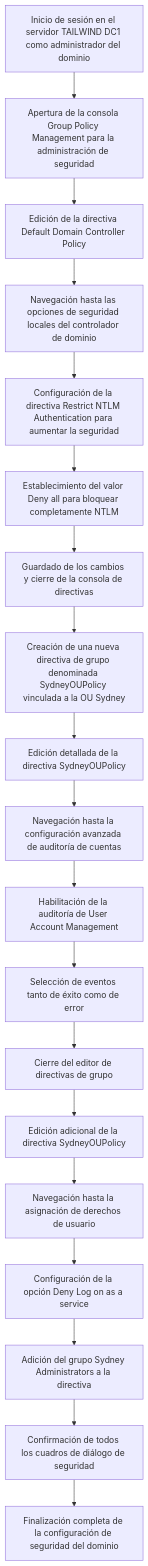
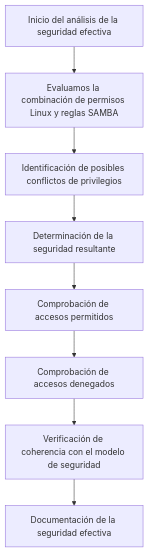
The fifth of 8 diagrams in Proyecto guiado (Lidia Navarro).md (lidnavlop/SMR2-SOR-HOTEL_VALENCLOUD), drawn with Mermaid before and after one commit. The commit also changed other lines of this file, not shown here.

First line of the commit message:
PROYECTO SAMBA

````diff
--- a/Proyecto guiado (Lidia Navarro).md
+++ b/Proyecto guiado (Lidia Navarro).md
@@ -104,25 +85,12 @@
 ```mermaid
 flowchart TD
-    A[Inicio de sesión en el servidor TAILWIND DC1 como administrador del dominio] --> B[Apertura de la consola Group Policy Management para la administración de seguridad]
+    A[Inicio del análisis de la seguridad efectiva] --> B[Evaluamos la combinación de permisos Linux y reglas SAMBA]
+    B --> C[Identificación de posibles conflictos de privilegios]
+    C --> D[Determinación de la seguridad resultante]
 
-    B --> C[Edición de la directiva Default Domain Controller Policy]
-    C --> D[Navegación hasta las opciones de seguridad locales del controlador de dominio]
-    D --> E[Configuración de la directiva Restrict NTLM Authentication para aumentar la seguridad]
-    E --> F[Establecimiento del valor Deny all para bloquear completamente NTLM]
-    F --> G[Guardado de los cambios y cierre de la consola de directivas]
+    D --> E[Comprobación de accesos permitidos]
+    E --> F[Comprobación de accesos denegados]
+    F --> G[Verificación de coherencia con el modelo de seguridad]
 
-    G --> H[Creación de una nueva directiva de grupo denominada SydneyOUPolicy vinculada a la OU Sydney]
-    H --> I[Edición detallada de la directiva SydneyOUPolicy]
-    I --> J[Navegación hasta la configuración avanzada de auditoría de cuentas]
-    J --> K[Habilitación de la auditoría de User Account Management]
-    K --> L[Selección de eventos tanto de éxito como de error]
-    L --> M[Cierre del editor de directivas de grupo]
-
-    M --> N[Edición adicional de la directiva SydneyOUPolicy]
-    N --> O[Navegación hasta la asignación de derechos de usuario]
-    O --> P[Configuración de la opción Deny Log on as a service]
-    P --> Q[Adición del grupo Sydney Administrators a la directiva]
-    Q --> R[Confirmación de todos los cuadros de diálogo de seguridad]
-    R --> S[Finalización completa de la configuración de seguridad del dominio]
-
+    G --> H[Documentación de la seguridad efectiva]
 ```
````
